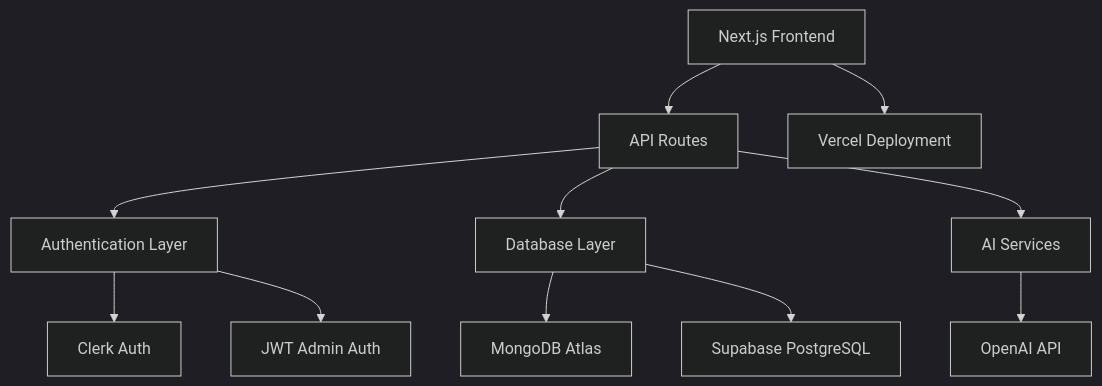
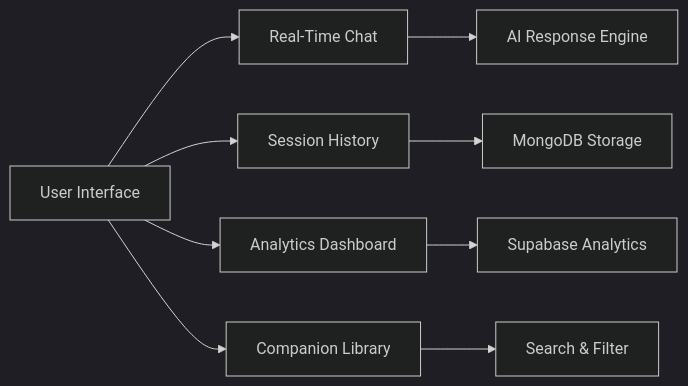
The diagram in README.md (theanarchist123/Converso), drawn with Mermaid (dark theme) before and after one commit. The commit also changed other lines of this file and 7 other files, not shown here.

````diff
--- a/README.md
+++ b/README.md
@@ -76,13 +178,11 @@
 ```mermaid
-graph TB
-    A[Next.js Frontend] --> B[API Routes]
-    B --> C[Authentication Layer]
-    C --> D[Clerk Auth]
-    C --> E[JWT Admin Auth]
-    B --> F[Database Layer]
-    F --> G[MongoDB Atlas]
-    F --> H[Supabase PostgreSQL]
-    B --> I[AI Services]
-    I --> J[OpenAI API]
-    A --> K[Vercel Deployment]
+graph LR
+    A[User Interface] --> B[Real-Time Chat]
+    A --> C[Session History]
+    A --> D[Analytics Dashboard]
+    A --> E[Companion Library]
+    B --> F[AI Response Engine]
+    C --> G[MongoDB Storage]
+    D --> H[Supabase Analytics]
+    E --> I[Search & Filter]
 ```
````
